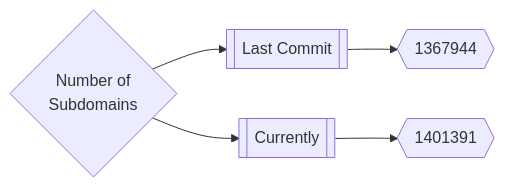
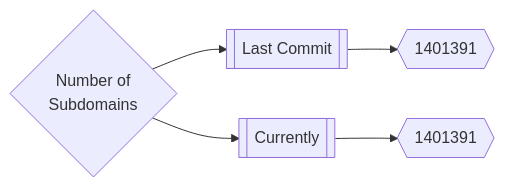
The first of 3 diagrams in README.md (trickest/inventory), drawn with Mermaid before and after one commit. The commit also changed 2 other files, not shown here.

Commit message:
Update Fri Apr  8 01:48:49 UTC 2022

````diff
--- a/README.md
+++ b/README.md
@@ -165,5 +165,5 @@
 ```mermaid
 graph LR
-title{Number of<br>Subdomains} --> subdomainsDate1[[Last Commit]] --> subdomainsNum1{{1367944}}
+title{Number of<br>Subdomains} --> subdomainsDate1[[Last Commit]] --> subdomainsNum1{{1401391}}
 title --> subdomainsDate2[[Currently]] --> subdomainsNum2{{1401391}}
 ```
````
